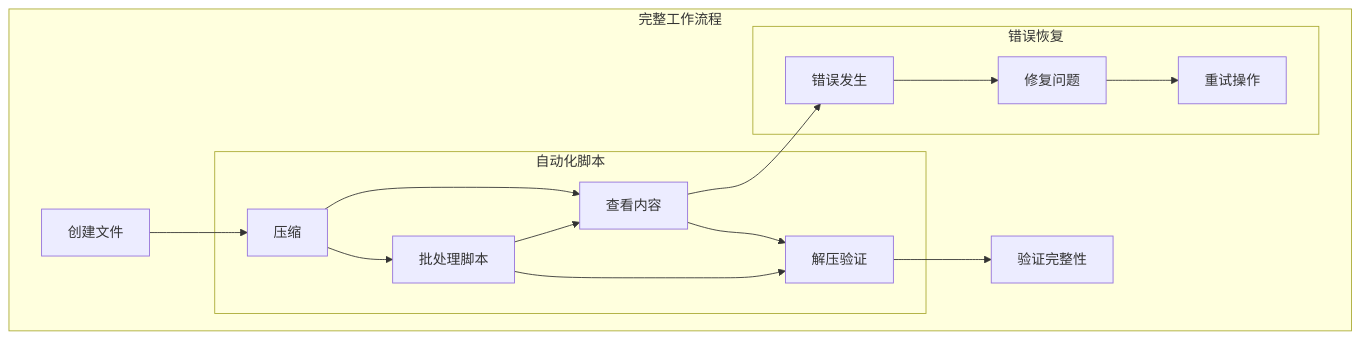
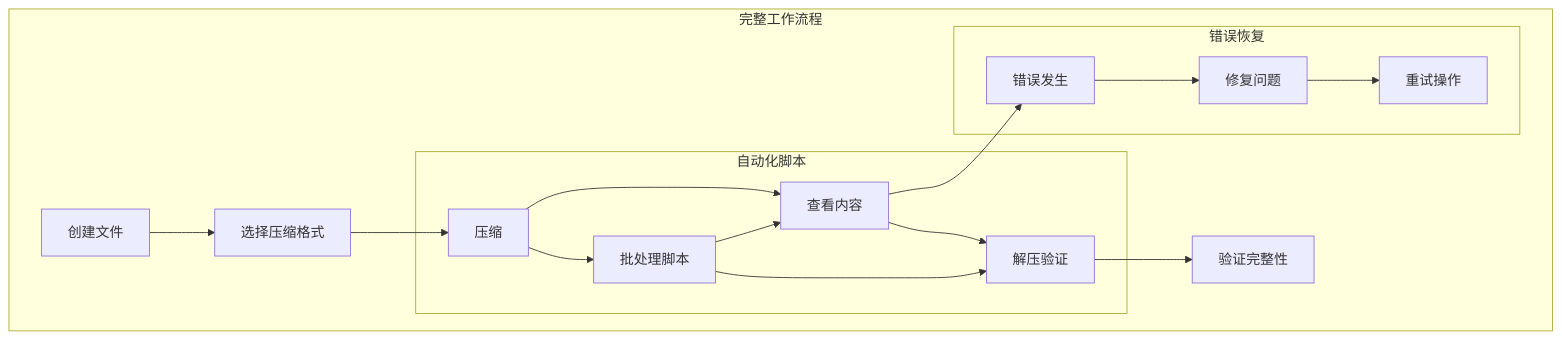
Before and after one commit to zhangjiacai-hub/myArchive: the sixth of 7 diagrams in .qoder/repowiki/zh/content/命令参考手册.md, drawn with Mermaid. The commit also changed other lines of this file and 6 other files, not shown here.

````diff
--- a/.qoder/repowiki/zh/content/命令参考手册.md
+++ b/.qoder/repowiki/zh/content/命令参考手册.md
@@ -413,21 +615,22 @@
 ```mermaid
 flowchart TD
 subgraph "完整工作流程"
-Create[创建文件] --> Compress[压缩]
+Create[创建文件] --> ChooseFormat["选择压缩格式"]
+ChooseFormat --> Compress[压缩]
 Compress --> List[查看内容]
 List --> Extract[解压验证]
 Extract --> Verify[验证完整性]
 subgraph "自动化脚本"
 Script[批处理脚本]
 Compress --> Script
 Script --> Extract
 Script --> List
 end
 subgraph "错误恢复"
 Error[错误发生]
 List --> Error
 Error --> Fix[修复问题]
 Fix --> Retry[重试操作]
 end
 end
 ```
````
